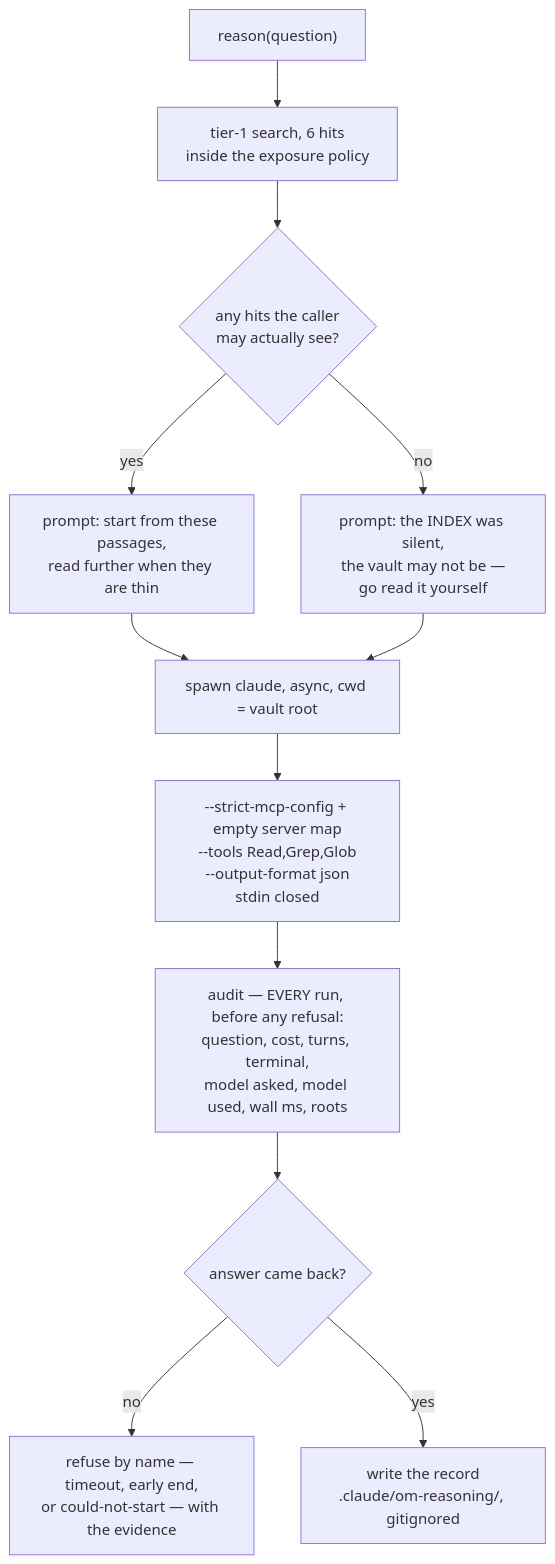
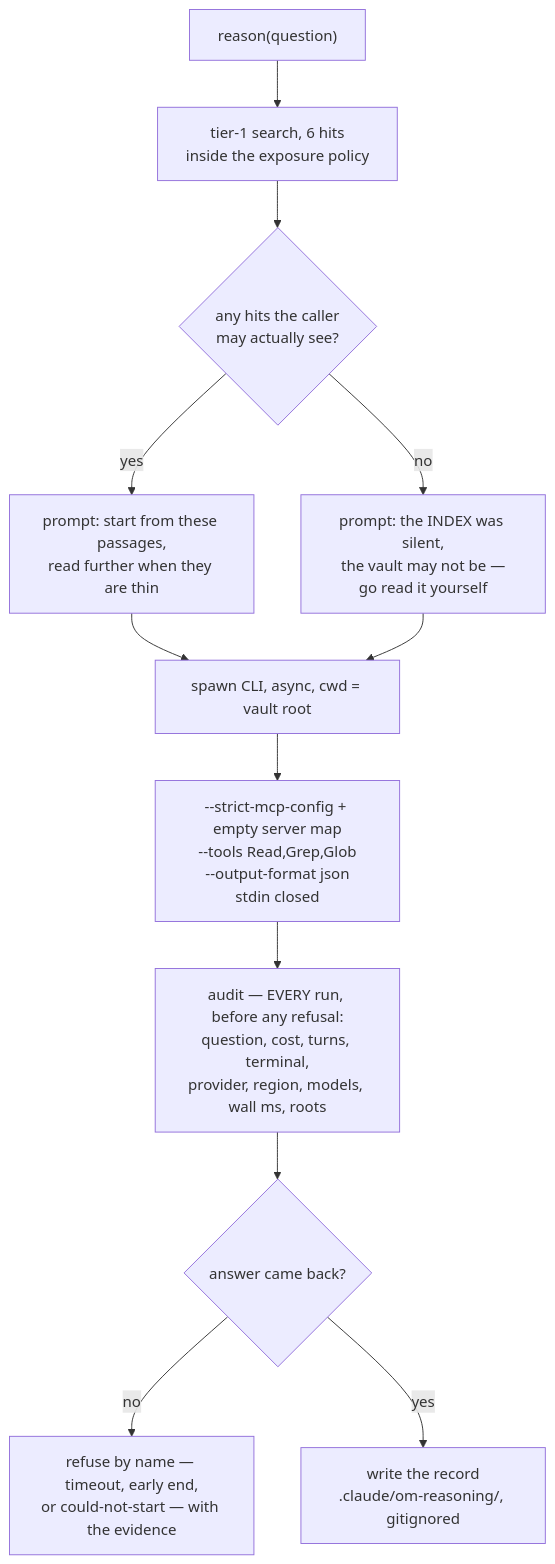
Before and after one commit to breferrari/obsidian-mind: diagram 18 of 21 in ARCHITECTURE.md, drawn with Mermaid. The commit also changed other lines of this file and 3 other files, not shown here.

````diff
--- a/ARCHITECTURE.md
+++ b/ARCHITECTURE.md
@@ -753,14 +753,14 @@
 ```mermaid
 flowchart TB
     Q["reason(question)"] --> Seed["tier-1 search, 6 hits<br/>inside the exposure policy"]
     Seed --> HasEv{"any hits the caller<br/>may actually see?"}
     HasEv -->|yes| P1["prompt: start from these passages,<br/>read further when they are thin"]
     HasEv -->|no| P2["prompt: the INDEX was silent,<br/>the vault may not be —<br/>go read it yourself"]
     P1 --> Spawn
     P2 --> Spawn
-    Spawn["spawn claude, async, cwd = vault root"] --> Flags["--strict-mcp-config + empty server map<br/>--tools Read,Grep,Glob<br/>--output-format json<br/>stdin closed"]
-    Flags --> Log["audit — EVERY run, before any refusal:<br/>question, cost, turns, terminal,<br/>model asked, model used, wall ms, roots"]
+    Spawn["spawn CLI, async, cwd = vault root"] --> Flags["--strict-mcp-config + empty server map<br/>--tools Read,Grep,Glob<br/>--output-format json<br/>stdin closed"]
+    Flags --> Log["audit — EVERY run, before any refusal:<br/>question, cost, turns, terminal,<br/>provider, region, models, wall ms, roots"]
     Log --> Run{"answer came back?"}
     Run -->|no| Ref["refuse by name — timeout, early end,<br/>or could-not-start — with the evidence"]
     Run -->|yes| Rec["write the record<br/>.claude/om-reasoning/, gitignored"]
 ```
````
